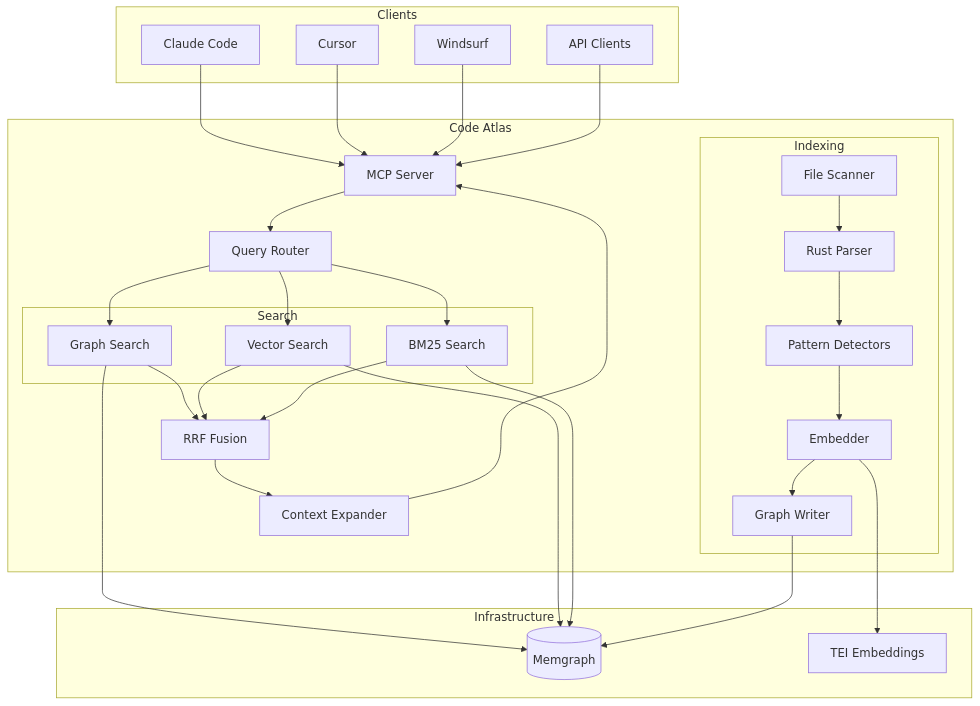
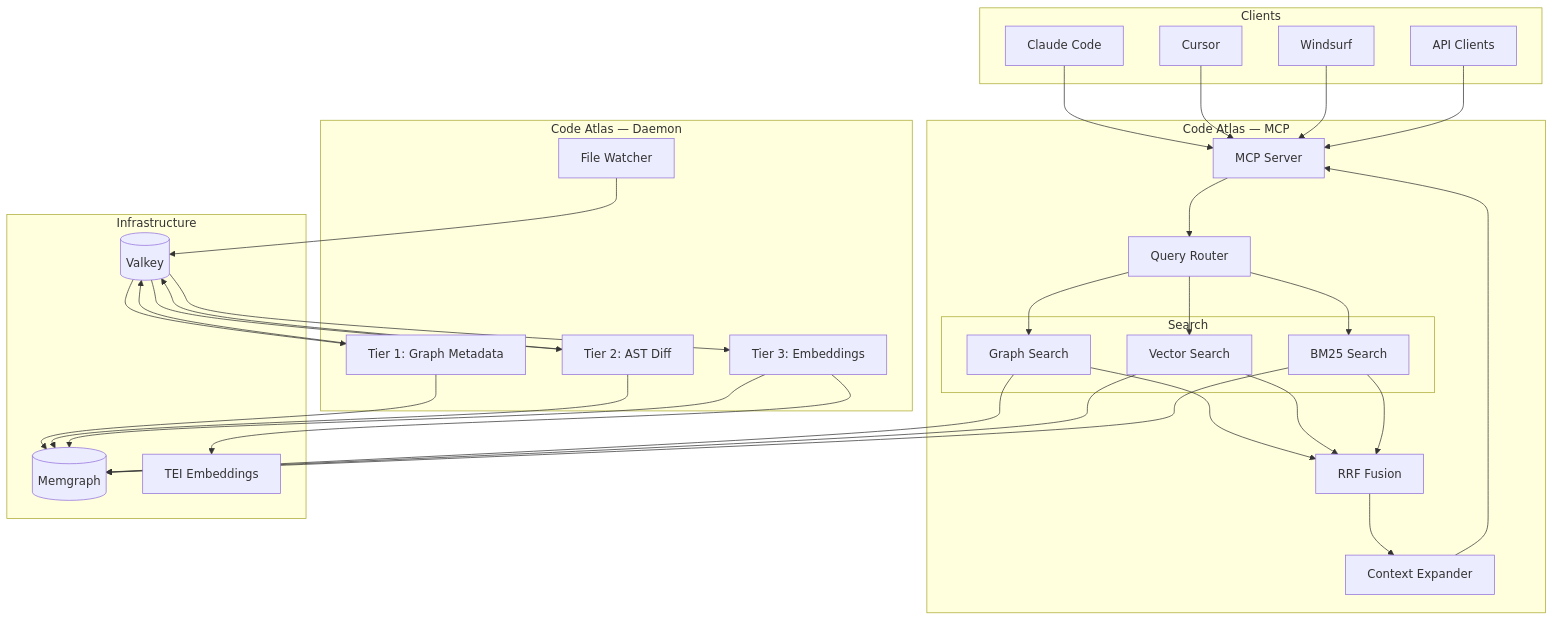
Before and after one commit to SerPeter/code-atlas: the first of 3 diagrams in docs/architecture.md, drawn with Mermaid. The commit also changed other lines of this file and 4 other files, not shown here.

First line of the commit message:
docs(adr): finalize ADR-0004 and ADR-0005, update architecture

````diff
--- a/docs/architecture.md
+++ b/docs/architecture.md
@@ -15,64 +15,68 @@
 ```mermaid
 graph TB
     subgraph Clients
         CC[Claude Code]
         CU[Cursor]
         WS[Windsurf]
         API[API Clients]
     end
 
-    subgraph "Code Atlas"
+    subgraph "Code Atlas — Daemon"
+        FW[File Watcher]
+        T1[Tier 1: Graph Metadata]
+        T2[Tier 2: AST Diff]
+        T3[Tier 3: Embeddings]
+    end
+
+    subgraph "Code Atlas — MCP"
         MCP[MCP Server]
         QR[Query Router]
 
         subgraph Search
             GS[Graph Search]
             VS[Vector Search]
             BS[BM25 Search]
         end
 
         RRF[RRF Fusion]
         CE[Context Expander]
-
-        subgraph Indexing
-            FS[File Scanner]
-            RP[Rust Parser]
-            PD[Pattern Detectors]
-            EM[Embedder]
-            GW[Graph Writer]
-        end
     end
 
     subgraph Infrastructure
+        VK[(Valkey)]
         MG[(Memgraph)]
         TEI[TEI Embeddings]
     end
 
     CC --> MCP
     CU --> MCP
     WS --> MCP
     API --> MCP
 
     MCP --> QR
     QR --> GS
     QR --> VS
     QR --> BS
 
     GS --> RRF
     VS --> RRF
     BS --> RRF
 
     RRF --> CE
     CE --> MCP
 
     GS --> MG
     VS --> MG
     BS --> MG
 
-    FS --> RP
-    RP --> PD
-    PD --> EM
-    EM --> GW
-    GW --> MG
-    EM --> TEI
+    FW --> VK
+    VK --> T1
+    T1 --> VK
+    VK --> T2
+    T2 --> VK
+    VK --> T3
+    T1 --> MG
+    T2 --> MG
+    T3 --> MG
+    T3 --> TEI
 ```
````
